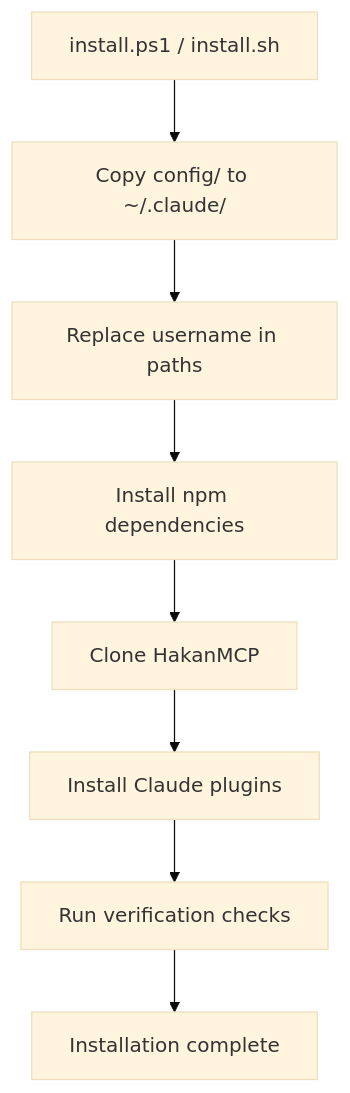
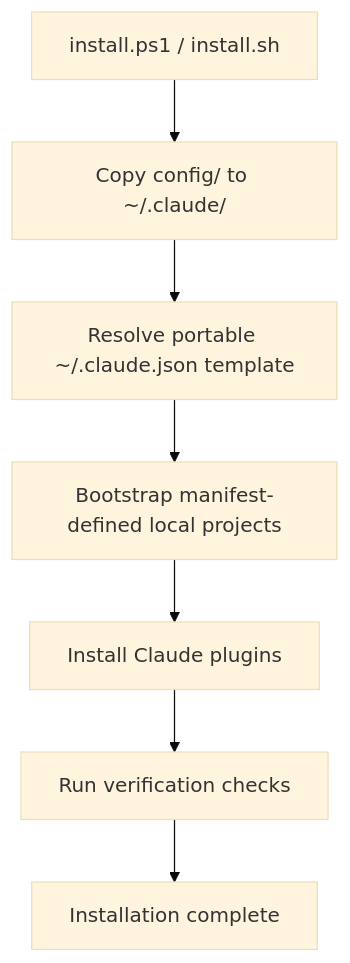
The first of 2 diagrams in CONTRIBUTING.md (sudohakan/claude-code-dotfiles), drawn with Mermaid (base theme) before and after one commit. The commit also changed other lines of this file and 54 other files, not shown here.

````diff
--- a/CONTRIBUTING.md
+++ b/CONTRIBUTING.md
@@ -52,10 +55,9 @@
 ```mermaid
 flowchart TD
     A["install.ps1 / install.sh"] --> B["Copy config/ to ~/.claude/"]
-    B --> C["Replace username in paths"]
-    C --> D["Install npm dependencies"]
-    D --> E["Clone HakanMCP"]
-    E --> F["Install Claude plugins"]
-    F --> G["Run verification checks"]
-    G --> H["Installation complete"]
+    B --> C["Resolve portable ~/.claude.json template"]
+    C --> D["Bootstrap manifest-defined local projects"]
+    D --> E["Install Claude plugins"]
+    E --> F["Run verification checks"]
+    F --> G["Installation complete"]
 ```
````
